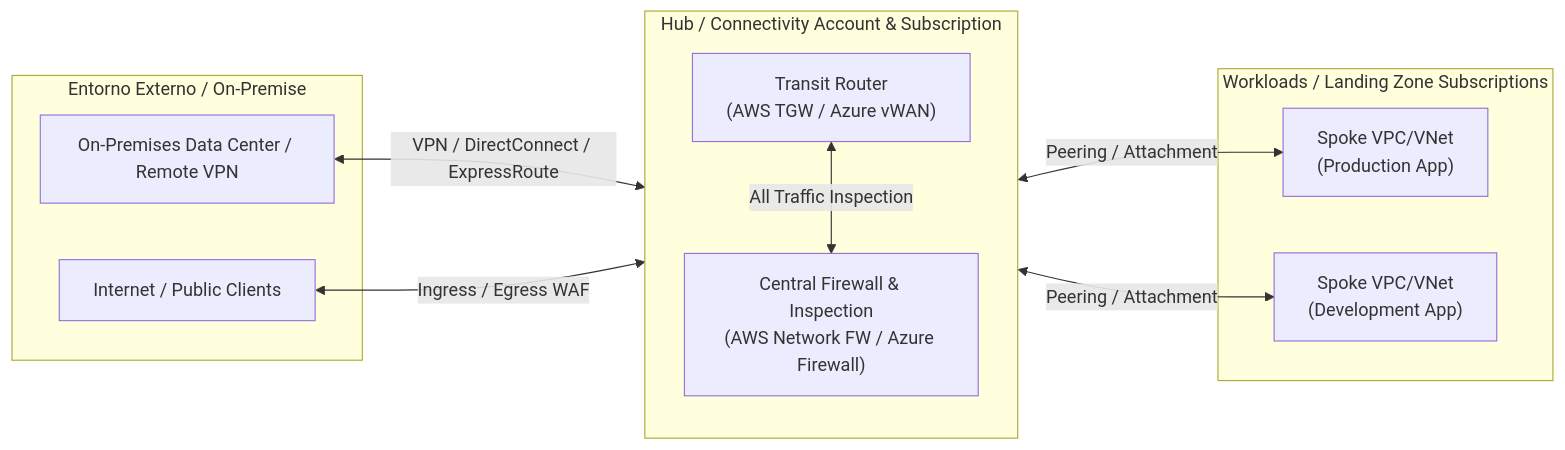
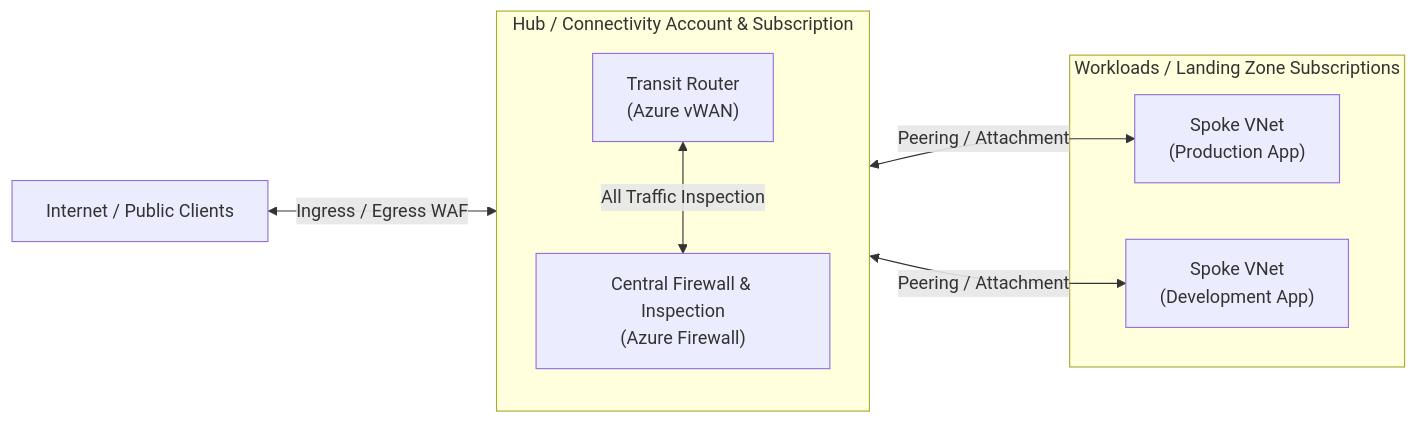
Before and after one commit to apaul6dev/landingzone: the second of 2 diagrams in docs/azure-landing-zone.md, drawn with Mermaid. The commit also changed other lines of this file and 2 other files, not shown here.

Commit message:
remove on premise

````diff
--- a/docs/azure-landing-zone.md
+++ b/docs/azure-landing-zone.md
@@ -75,27 +75,21 @@
 ```mermaid
 graph LR
-    subgraph External ["Entorno Externo / On-Premise"]
-        OnPrem["On-Premises Data Center / Remote VPN"]
-        Internet["Internet / Public Clients"]
-    end
+    Internet["Internet / Public Clients"]
 
     subgraph HubNetwork ["Hub / Connectivity Account & Subscription"]
         direction TB
-        TGW_vWAN["Transit Router<br/>(AWS TGW / Azure vWAN)"]
-        Firewall["Central Firewall & Inspection<br/>(AWS Network FW / Azure Firewall)"]
+        TGW_vWAN["Transit Router<br/>(Azure vWAN)"]
+        Firewall["Central Firewall & Inspection<br/>(Azure Firewall)"]
     end
 
     subgraph Spokes ["Workloads / Landing Zone Subscriptions"]
-        SpokeProd["Spoke VPC/VNet<br/>(Production App)"]
-        SpokeDev["Spoke VPC/VNet<br/>(Development App)"]
+        SpokeProd["Spoke VNet<br/>(Production App)"]
+        SpokeDev["Spoke VNet<br/>(Development App)"]
     end
 
     %% Flow Connections
-    OnPrem <-->|VPN / DirectConnect / ExpressRoute| TGW_vWAN
     Internet <-->|Ingress / Egress WAF| Firewall
-    
     TGW_vWAN <-->|All Traffic Inspection| Firewall
-    
     TGW_vWAN <-->|Peering / Attachment| SpokeProd
     TGW_vWAN <-->|Peering / Attachment| SpokeDev
 ```
````
